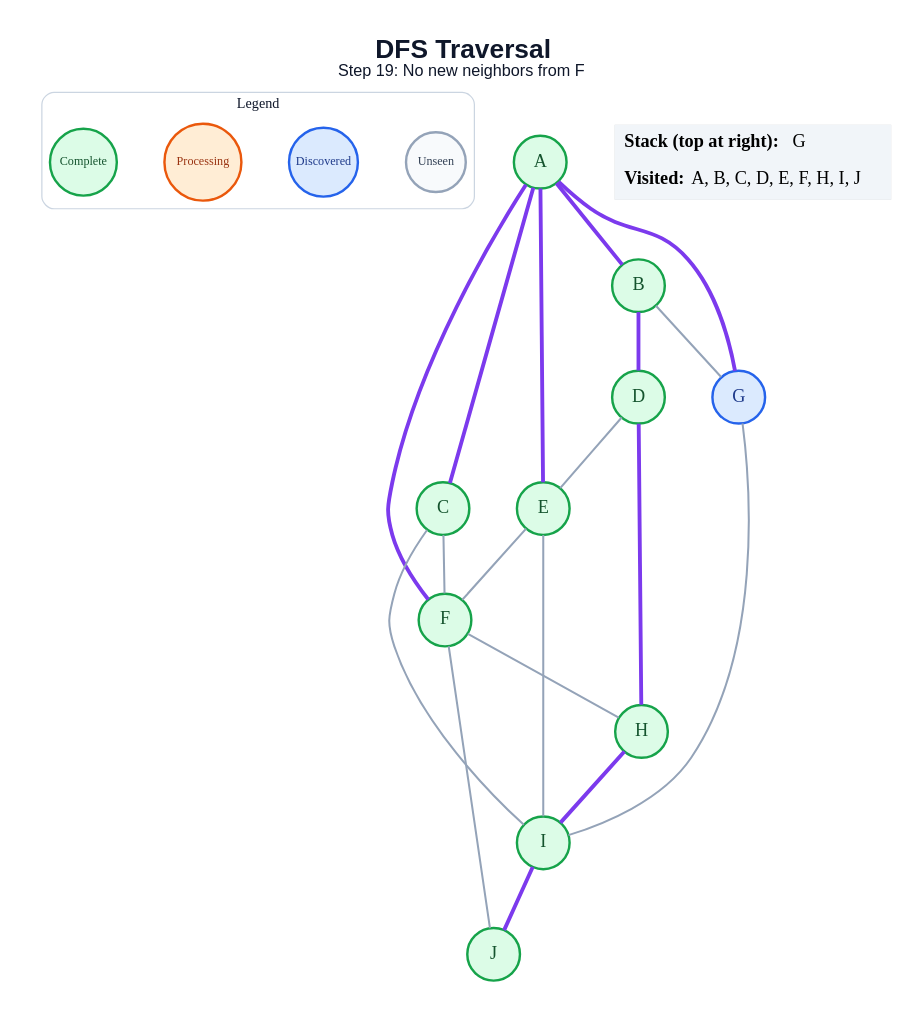
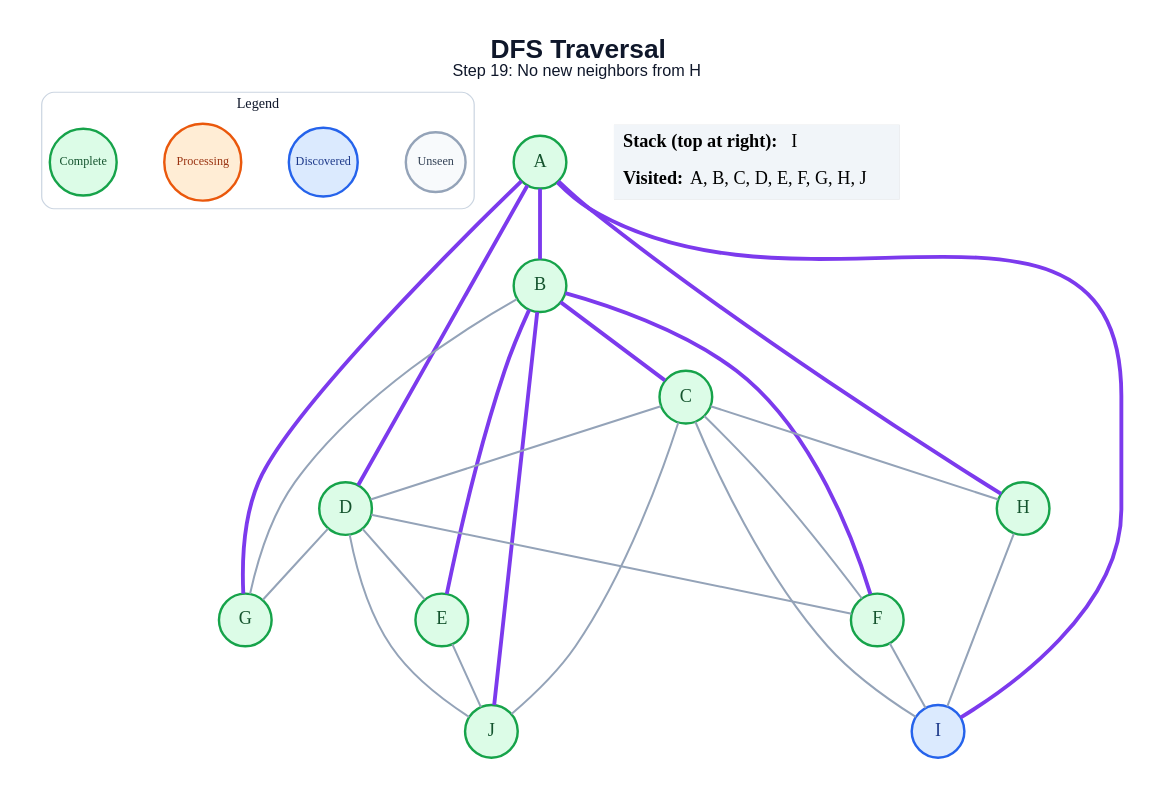
Before and after one commit to amanghodawala9/ai-slop: the diagram in generated/dfs/step_19.dot, drawn with Graphviz. The commit also changed 178 other files, not shown here.

```diff
--- a/generated/dfs/step_19.dot
+++ b/generated/dfs/step_19.dot
@@ -1,47 +1,51 @@
 graph traversal {
   graph [layout=dot, rankdir=TB, bgcolor="#FFFFFF", pad="0.35", nodesep="0.65", ranksep="0.8", fontname="Arial"];
   node [shape=circle, style="filled", fontname="Arial Bold", fontsize=18, width=0.72, fixedsize=true, penwidth=2.4];
   edge [color="#94A3B8", penwidth=2.0];
-  label=<<B>DFS Traversal</B><BR/><FONT POINT-SIZE="16">Step 19: No new neighbors from F</FONT>>; labelloc="t"; fontsize=26; fontname="Arial"; fontcolor="#0F172A";
+  label=<<B>DFS Traversal</B><BR/><FONT POINT-SIZE="16">Step 19: No new neighbors from H</FONT>>; labelloc="t"; fontsize=26; fontname="Arial"; fontcolor="#0F172A";
   subgraph cluster_legend { label="Legend"; color="#CBD5E1"; penwidth=1.2; style="rounded"; fontsize=14; fontname="Arial Bold";
     key_unseen [label="Unseen", fillcolor="#F8FAFC", color="#94A3B8", fontcolor="#334155", fontsize=12, width=0.82];
     key_frontier [label="Discovered", fillcolor="#DBEAFE", color="#2563EB", fontcolor="#1E3A8A", fontsize=12, width=0.95];
     key_current [label="Processing", fillcolor="#FFEDD5", color="#EA580C", fontcolor="#9A3412", fontsize=12, width=1.05];
     key_done [label="Complete", fillcolor="#DCFCE7", color="#16A34A", fontcolor="#14532D", fontsize=12, width=0.92];
     { rank=same; key_unseen; key_frontier; key_current; key_done; }
   }
   A [fillcolor="#DCFCE7", color="#16A34A", fontcolor="#14532D"];
   B [fillcolor="#DCFCE7", color="#16A34A", fontcolor="#14532D"];
   C [fillcolor="#DCFCE7", color="#16A34A", fontcolor="#14532D"];
   D [fillcolor="#DCFCE7", color="#16A34A", fontcolor="#14532D"];
   E [fillcolor="#DCFCE7", color="#16A34A", fontcolor="#14532D"];
   F [fillcolor="#DCFCE7", color="#16A34A", fontcolor="#14532D"];
-  G [fillcolor="#DBEAFE", color="#2563EB", fontcolor="#1E3A8A"];
+  G [fillcolor="#DCFCE7", color="#16A34A", fontcolor="#14532D"];
   H [fillcolor="#DCFCE7", color="#16A34A", fontcolor="#14532D"];
-  I [fillcolor="#DCFCE7", color="#16A34A", fontcolor="#14532D"];
+  I [fillcolor="#DBEAFE", color="#2563EB", fontcolor="#1E3A8A"];
   J [fillcolor="#DCFCE7", color="#16A34A", fontcolor="#14532D"];
   A -- B [color="#7C3AED", penwidth=3.8];
-  A -- C [color="#7C3AED", penwidth=3.8];
-  A -- E [color="#7C3AED", penwidth=3.8];
-  A -- F [color="#7C3AED", penwidth=3.8];
+  A -- D [color="#7C3AED", penwidth=3.8];
   A -- G [color="#7C3AED", penwidth=3.8];
-  B -- D [color="#7C3AED", penwidth=3.8];
+  A -- H [color="#7C3AED", penwidth=3.8];
+  A -- I [color="#7C3AED", penwidth=3.8];
+  B -- C [color="#7C3AED", penwidth=3.8];
+  B -- E [color="#7C3AED", penwidth=3.8];
+  B -- F [color="#7C3AED", penwidth=3.8];
   B -- G;
+  B -- J [color="#7C3AED", penwidth=3.8];
+  C -- D;
   C -- F;
+  C -- H;
   C -- I;
+  C -- J;
   D -- E;
-  D -- H [color="#7C3AED", penwidth=3.8];
-  E -- F;
-  E -- I;
-  F -- H;
-  F -- J;
-  G -- I;
-  H -- I [color="#7C3AED", penwidth=3.8];
-  I -- J [color="#7C3AED", penwidth=3.8];
+  D -- F;
+  D -- G;
+  D -- J;
+  E -- J;
+  F -- I;
+  H -- I;
   status [shape=plain, fixedsize=false, width=0, height=0, margin=0, label=<
     <TABLE BORDER="0" CELLBORDER="0" CELLPADDING="7" BGCOLOR="#F1F5F9">
-      <TR><TD ALIGN="LEFT"><B>Stack (top at right):</B> G</TD></TR>
-      <TR><TD ALIGN="LEFT"><B>Visited:</B> A, B, C, D, E, F, H, I, J</TD></TR>
+      <TR><TD ALIGN="LEFT"><B>Stack (top at right):</B> I</TD></TR>
+      <TR><TD ALIGN="LEFT"><B>Visited:</B> A, B, C, D, E, F, G, H, J</TD></TR>
     </TABLE>
   >];
 }
```
